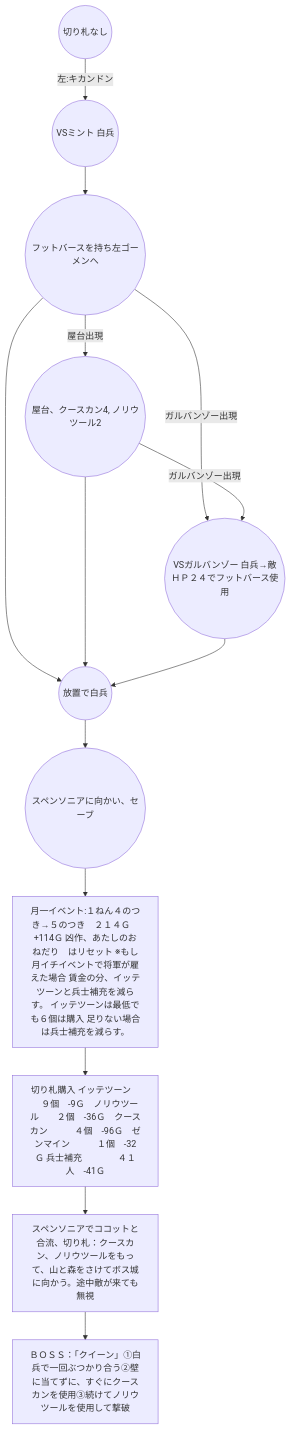
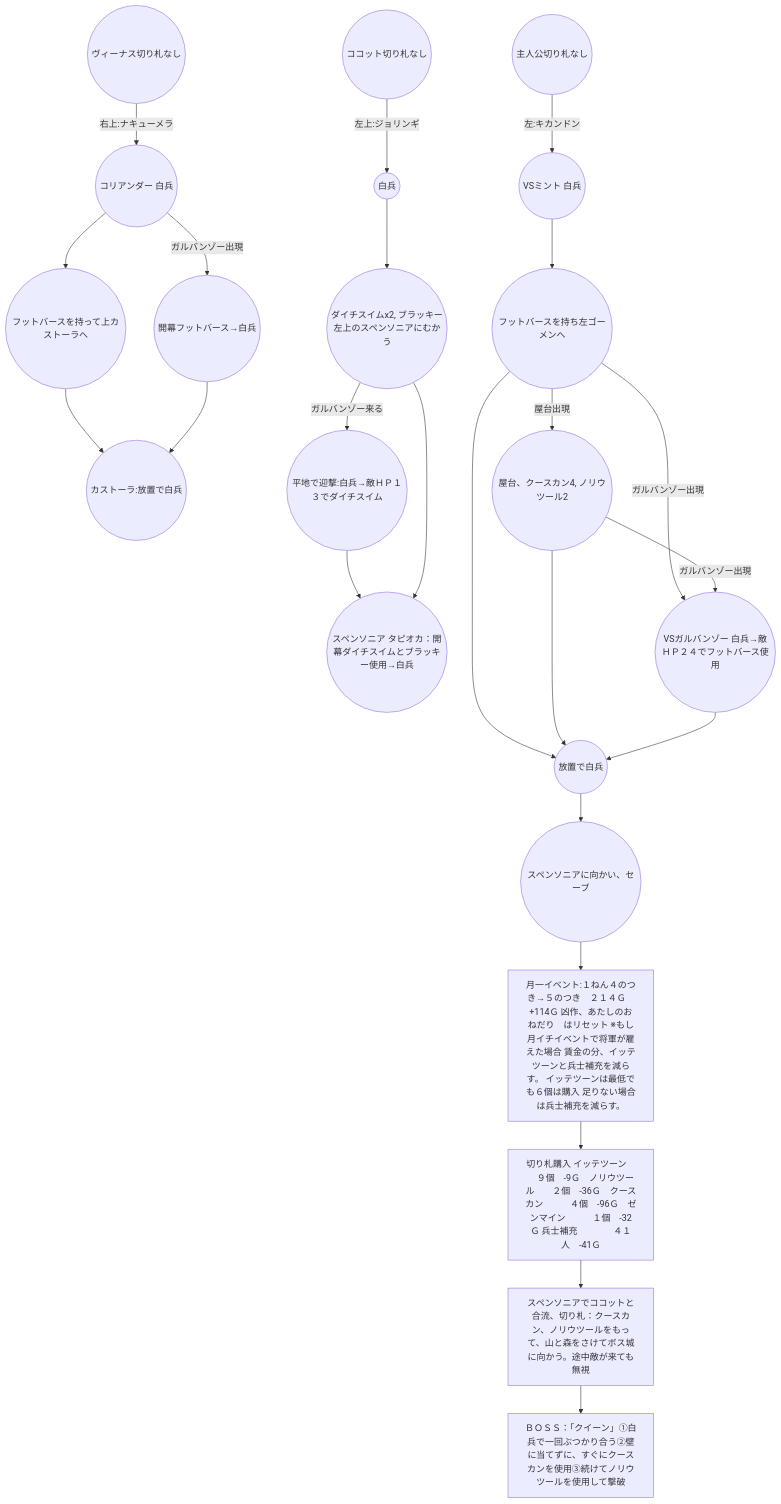
Before and after one commit to azumag/hanjuku-sfc-speedrun: the first of 2 diagrams in README.md, drawn with Mermaid. The commit also changed other lines of this file, not shown here.

````diff
--- a/README.md
+++ b/README.md
@@ -21,16 +3,29 @@
 ```mermaid
 graph TB
-	A((切り札なし))--左:キカンドン-->B((VSミント 白兵))
+	V((ヴィーナス切り札なし))--右上:ナキューメラ-->VB((コリアンダー 白兵))
+	VB-->VC((フットバースを持って上カストーラへ))
+	VC-->VD((カストーラ:放置で白兵))
+	VB--ガルバンゾー出現-->VE((開幕フットバース→白兵))
+	VE-->VD
+
+	C'((ココット切り札なし))--左上:ジョリンギ-->CB((白兵))
+	CB-->CC((ダイチスイムx2, ブラッキー左上のスペンソニアにむかう))
+	CC--ガルバンゾー来る-->CD((平地で迎撃:白兵→敵ＨＰ１３でダイチスイム))
+	CD-->CE
+	CC-->CE((スペンソニア タピオカ：開幕ダイチスイムとブラッキー使用→白兵))
+
+	
+	A((主人公切り札なし))--左:キカンドン-->B((VSミント 白兵))
 	B-->C((フットバースを持ち左ゴーメンへ))
 	C--屋台出現-->D((屋台、クースカン4, ノリウツール2))
 	C-->E((放置で白兵))
 	C--ガルバンゾー出現-->F((VSガルバンゾー 白兵→敵ＨＰ２４でフットバース使用))
 	D--ガルバンゾー出現-->F
 	D-->E
 	F-->E
 	E-->G((スペンソニアに向かい、セーブ))
 	G-->H["月一イベント:１ねん４のつき→５のつき　２１４Ｇ　+114Ｇ 凶作、あたしのおねだり　はリセット ※もし月イチイベントで将軍が雇えた場合 賃金の分、イッテツーンと兵士補充を減らす。 イッテツーンは最低でも６個は購入 足りない場合は兵士補充を減らす。"]
 	H-->J["切り札購入 イッテツーン　　９個　-9Ｇ　ノリウツール　　２個　-36Ｇ　クースカン　　　４個　-96Ｇ　ゼンマイン　　　１個　-32Ｇ 兵士補充　　　　４１人　-41Ｇ"]
 	J-->K["スペンソニアでココットと合流、切り札：クースカン、ノリウツールをもって、山と森をさけてボス城に向かう。途中敵が来ても無視"]
 	K-->L["ＢＯＳＳ：「クイーン」①白兵で一回ぶつかり合う②壁に当てずに、すぐにクースカンを使用③続けてノリウツールを使用して撃破"]
 ```
````
